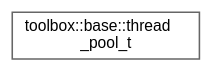
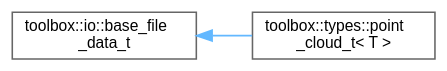
The diagram in inherit_graph_26.dot (nerdneilsfield/cpp-toolbox), drawn with Graphviz before and after one commit. The commit also changed 329 other files, not shown here.

```diff
--- a/inherit_graph_26.dot
+++ b/inherit_graph_26.dot
@@ -1,9 +1,11 @@
 digraph "Graphical Class Hierarchy"
 {
  // LATEX_PDF_SIZE
   bgcolor="transparent";
   edge [fontname=Helvetica,fontsize=10,labelfontname=Helvetica,labelfontsize=10];
   node [fontname=Helvetica,fontsize=10,shape=box,height=0.2,width=0.4];
   rankdir="LR";
-  Node0 [id="Node000000",label="toolbox::base::thread\l_pool_t",height=0.2,width=0.4,color="grey40", fillcolor="white", style="filled",URL="$classtoolbox_1_1base_1_1thread__pool__t.html",tooltip=" "];
+  Node0 [id="Node000000",label="toolbox::io::base_file\l_data_t",height=0.2,width=0.4,color="grey40", fillcolor="white", style="filled",URL="$classtoolbox_1_1io_1_1base__file__data__t.html",tooltip="文件数据的基类 / Base class for data loaded from files"];
+  Node0 -> Node1 [id="edge27_Node000000_Node000001",dir="back",color="steelblue1",style="solid",tooltip=" "];
+  Node1 [id="Node000001",label="toolbox::types::point\l_cloud_t\< T \>",height=0.2,width=0.4,color="grey40", fillcolor="white", style="filled",URL="$classtoolbox_1_1types_1_1point__cloud__t.html",tooltip="包含点和相关数据的点云类 / A point cloud class containing points and associated data"];
 }
```
